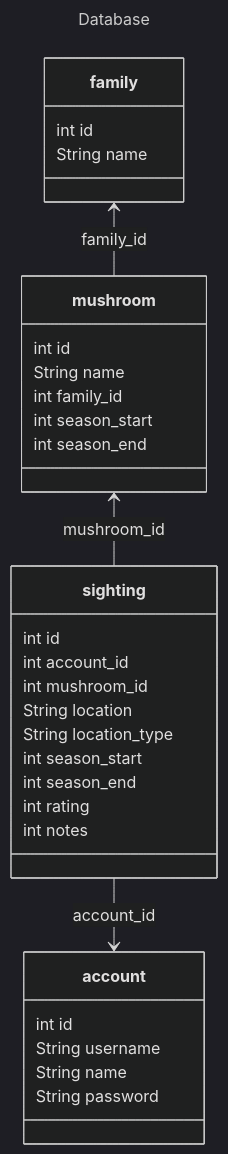
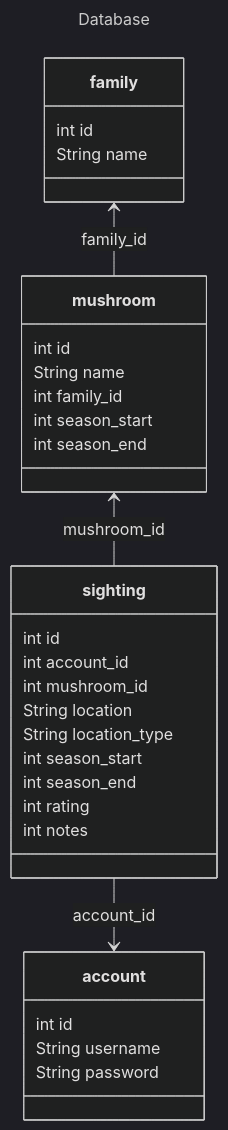
One commit to sanikk/mushroom-site changed the diagram in kaavio.md. Above: the diagram before and after it, drawn with Mermaid (dark theme). The commit also changed 3 other files, not shown here.

````diff
--- a/kaavio.md
+++ b/kaavio.md
@@ -1,37 +1,36 @@
 ```mermaid
 ---
 title: Database
 ---
 classDiagram
     class family{
         int id
         String name
     }
     class mushroom{
         int id
         String name
         int family_id
         int season_start
         int season_end
     }
     class account{
     int id
     String username
-    String name
     String password
     }
     class sighting {
         int id
         int account_id
         int mushroom_id
         String location
         String location_type
         int season_start
         int season_end
         int rating
         int notes
     }
     family <-- mushroom : family_id
     sighting --> account : account_id
     mushroom <-- sighting : mushroom_id
 ```
````
